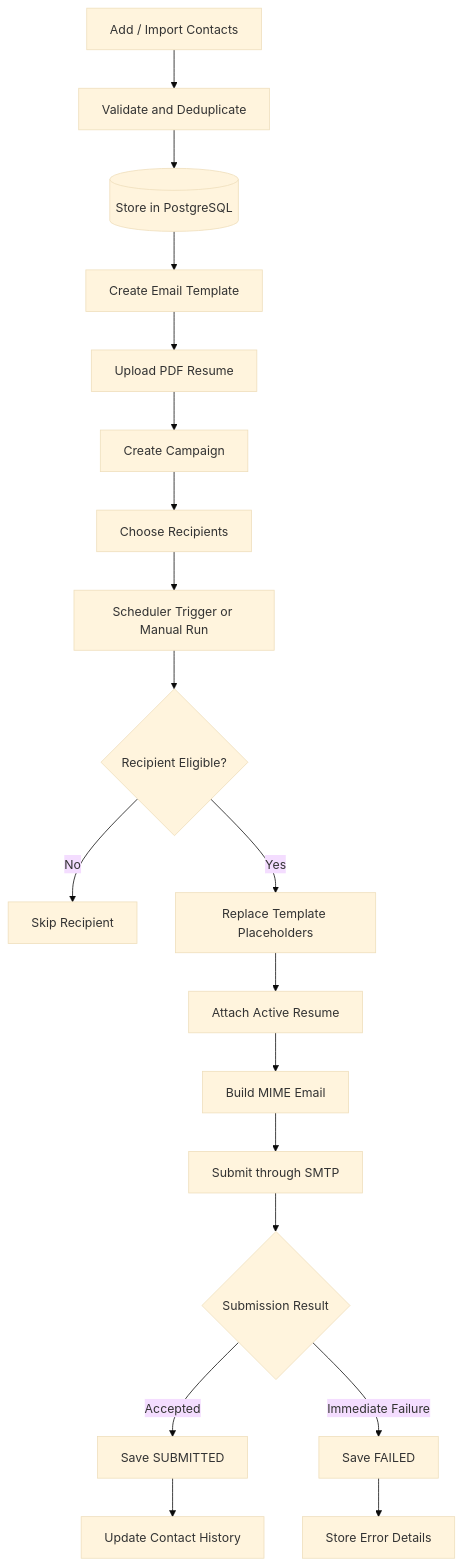
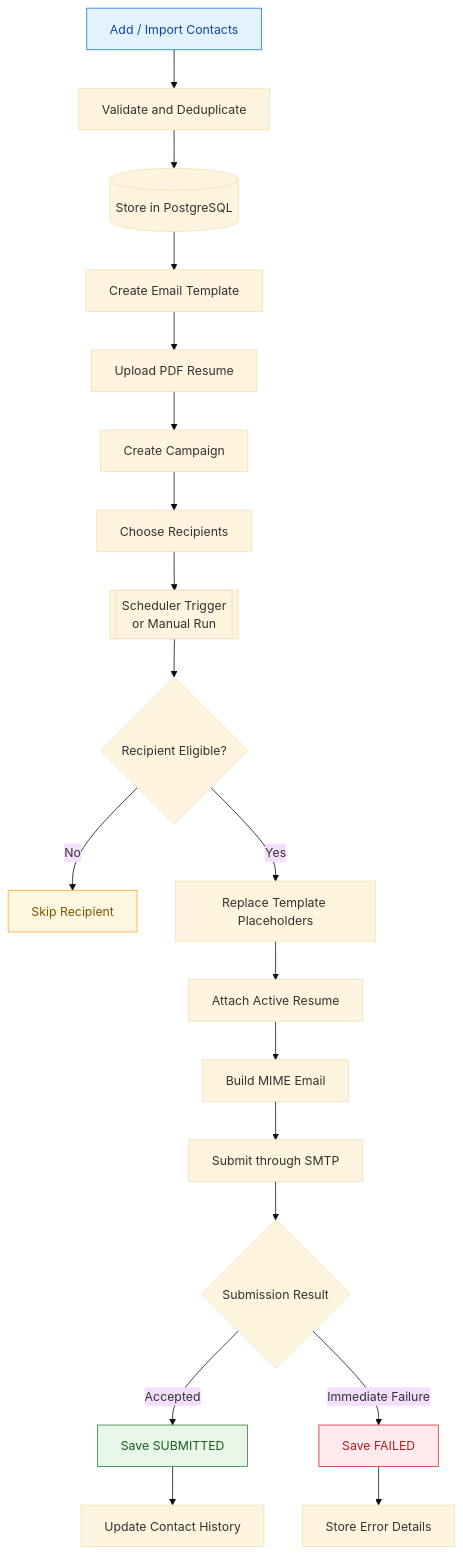
One commit to ashrithBalaji456/Referal_Hub_Frontend changed the sixth of 29 diagrams in README.md. Above: the diagram before and after it, drawn with Mermaid (base theme). The commit also changed other lines of this file, not shown here.

````diff
--- a/README.md
+++ b/README.md
@@ -167,24 +324,29 @@
-``` mermaid
+```mermaid
 flowchart TD
     A[Add / Import Contacts] --> B[Validate and Deduplicate]
     B --> C[(Store in PostgreSQL)]
     C --> D[Create Email Template]
     D --> E[Upload PDF Resume]
     E --> F[Create Campaign]
     F --> G[Choose Recipients]
-    G --> H[Scheduler Trigger or Manual Run]
+    G --> H[["Scheduler Trigger<br/>or Manual Run"]]
     H --> I{Recipient Eligible?}
 
     I -- No --> J[Skip Recipient]
     I -- Yes --> K[Replace Template Placeholders]
     K --> L[Attach Active Resume]
     L --> M[Build MIME Email]
     M --> N[Submit through SMTP]
 
     N --> O{Submission Result}
     O -- Accepted --> P[Save SUBMITTED]
     O -- Immediate Failure --> Q[Save FAILED]
 
     P --> R[Update Contact History]
     Q --> S[Store Error Details]
+
+    style A fill:#e3f2fd,stroke:#1976d2,color:#0d47a1
+    style P fill:#e8f5e9,stroke:#2e7d32,color:#1b5e20
+    style Q fill:#ffebee,stroke:#c62828,color:#b71c1c
+    style J fill:#fff8e1,stroke:#f9a825,color:#7a5900
 ```
````
